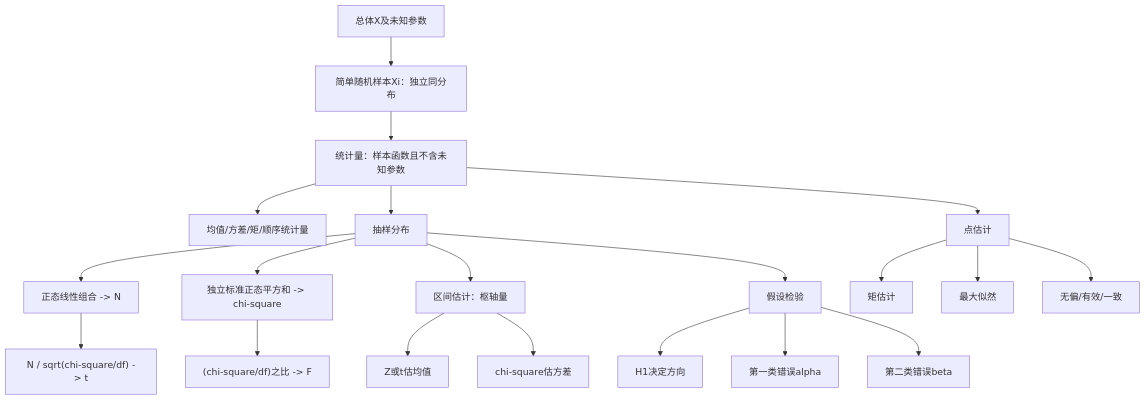
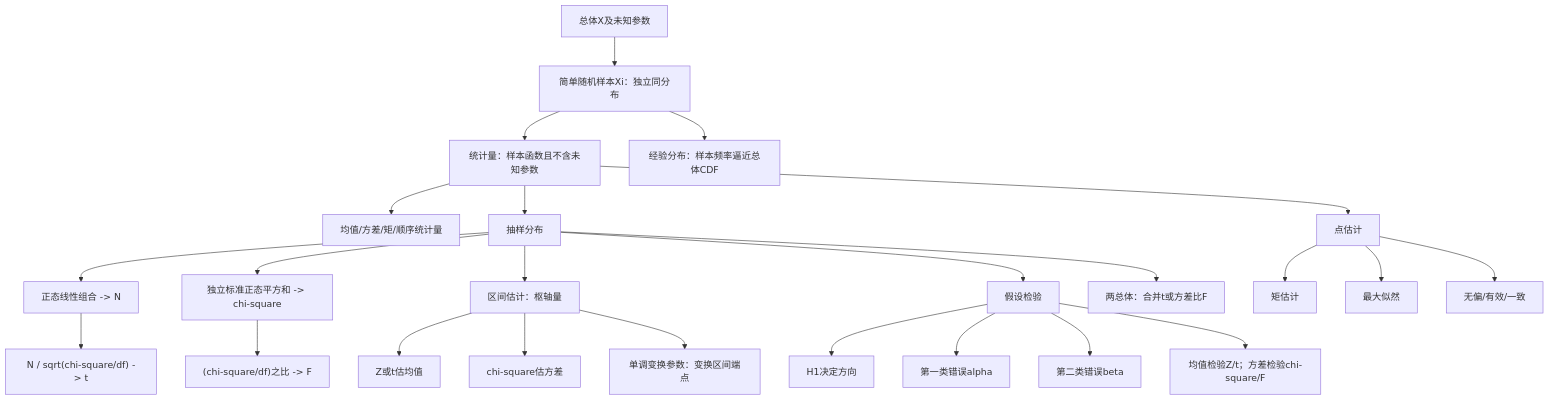
Before and after one commit to Cthaat/Obsidian: the first of 2 diagrams in 考研数学/张宇基础30讲笔记/30_概率第6讲_数理统计.md, drawn with Mermaid. The commit also changed other lines of this file and 9 other files, not shown here.

````diff
--- a/考研数学/张宇基础30讲笔记/30_概率第6讲_数理统计.md
+++ b/考研数学/张宇基础30讲笔记/30_概率第6讲_数理统计.md
@@ -42,22 +48,26 @@
 ```mermaid
 flowchart TD
     A["总体X及未知参数"] --> B["简单随机样本Xi：独立同分布"]
     B --> C["统计量：样本函数且不含未知参数"]
     C --> D["均值/方差/矩/顺序统计量"]
     C --> E["抽样分布"]
     E --> F["正态线性组合 -> N"]
     E --> G["独立标准正态平方和 -> chi-square"]
     F --> H["N / sqrt(chi-square/df) -> t"]
     G --> I["(chi-square/df)之比 -> F"]
     C --> J["点估计"]
     J --> K["矩估计"]
     J --> L["最大似然"]
     J --> M["无偏/有效/一致"]
     E --> N["区间估计：枢轴量"]
     N --> O["Z或t估均值"]
     N --> P["chi-square估方差"]
     E --> Q["假设检验"]
     Q --> R["H1决定方向"]
     Q --> S["第一类错误alpha"]
     Q --> T["第二类错误beta"]
+    B --> U["经验分布：样本频率逼近总体CDF"]
+    E --> V["两总体：合并t或方差比F"]
+    N --> W["单调变换参数：变换区间端点"]
+    Q --> X["均值检验Z/t；方差检验chi-square/F"]
 ```
````
